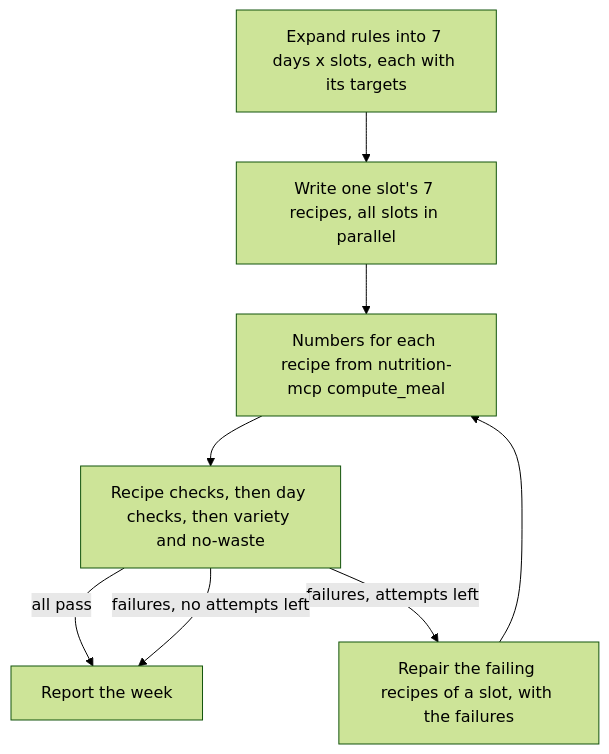
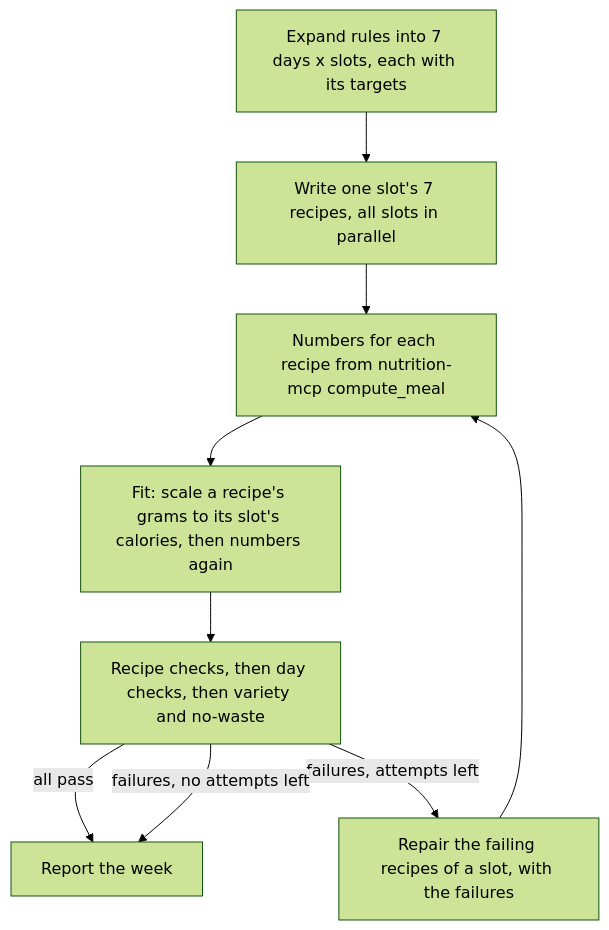
Before and after one commit to Varun-Kambali/meal-planner-agents: the second of 2 diagrams in docs/architecture.md, drawn with Mermaid (forest theme). The commit also changed other lines of this file and 1 other file, not shown here.

````diff
--- a/docs/architecture.md
+++ b/docs/architecture.md
@@ -68,10 +69,11 @@
 ```mermaid
 flowchart TD
   A[Expand rules into 7 days x slots, each with its targets] --> B[Write one slot's 7 recipes, all slots in parallel]
   B --> C[Numbers for each recipe from nutrition-mcp compute_meal]
-  C --> D[Recipe checks, then day checks, then variety and no-waste]
+  C --> G[Fit: scale a recipe's grams to its slot's calories, then numbers again]
+  G --> D[Recipe checks, then day checks, then variety and no-waste]
   D -- all pass --> F[Report the week]
   D -- failures, attempts left --> E[Repair the failing recipes of a slot, with the failures]
   E --> C
   D -- failures, no attempts left --> F
 ```
````
